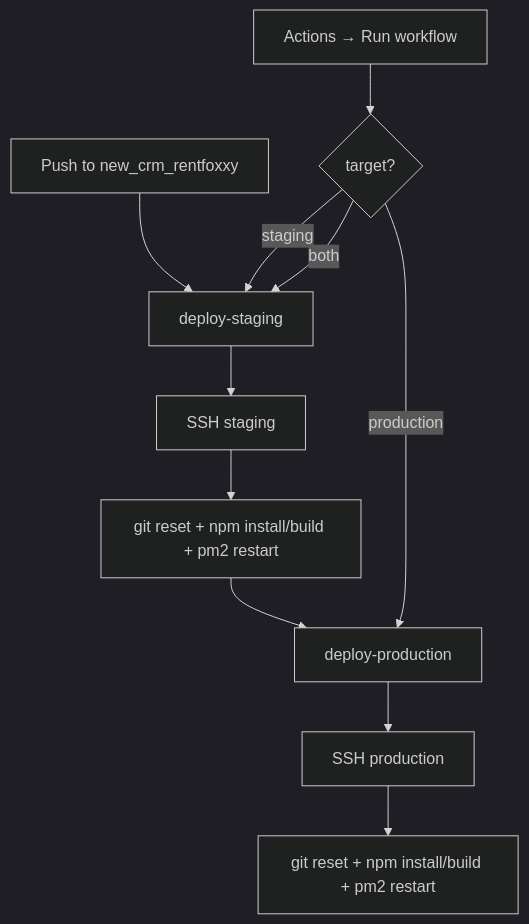
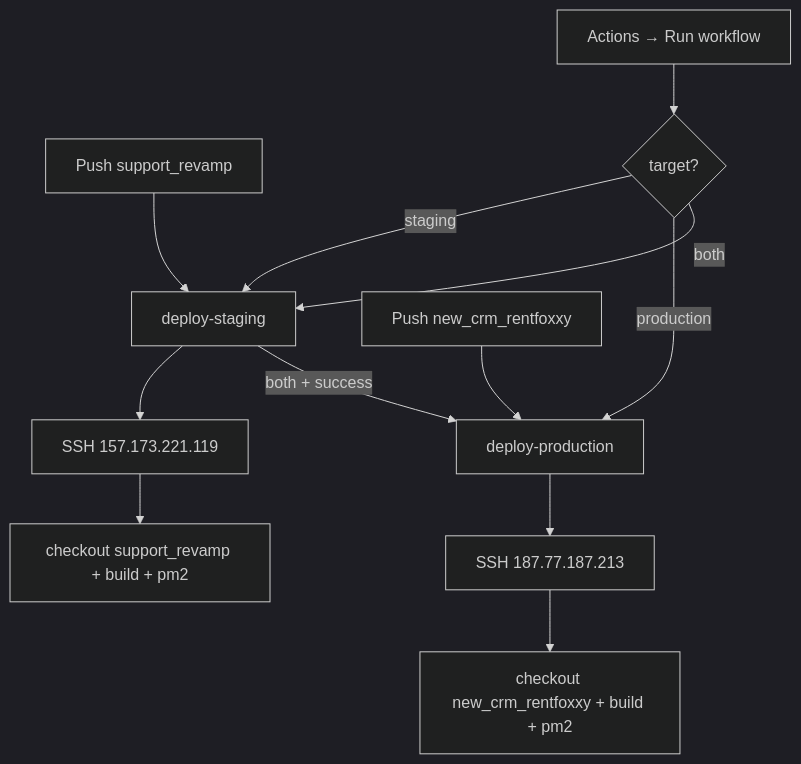
One commit to pankajrentfoxxy/crm_rentfoxxy changed the diagram in deploy/CI_CD_SETUP.md. Above: the diagram before and after it, drawn with Mermaid (dark theme). The commit also changed other lines of this file and 1 other file, not shown here.

````diff
--- a/deploy/CI_CD_SETUP.md
+++ b/deploy/CI_CD_SETUP.md
@@ -26,14 +26,16 @@
 ```mermaid
 flowchart TD
-  A[Push to new_crm_rentfoxxy] --> B[deploy-staging]
-  B --> C[SSH staging]
-  C --> D[git reset + npm install/build + pm2 restart]
-  D --> G[deploy-production]
-  G --> H[SSH production]
-  H --> I[git reset + npm install/build + pm2 restart]
+  A[Push support_revamp] --> B[deploy-staging]
+  B --> C[SSH 157.173.221.119]
+  C --> D[checkout support_revamp + build + pm2]
 
-  E[Actions → Run workflow] --> F{target?}
-  F -->|staging| B
-  F -->|production| G
-  F -->|both| B
+  E[Push new_crm_rentfoxxy] --> F[deploy-production]
+  F --> G[SSH 187.77.187.213]
+  G --> H[checkout new_crm_rentfoxxy + build + pm2]
+
+  I[Actions → Run workflow] --> J{target?}
+  J -->|staging| B
+  J -->|production| F
+  J -->|both| B
+  B -->|both + success| F
 ```
````
